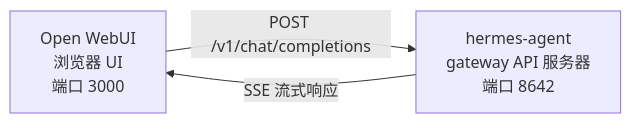
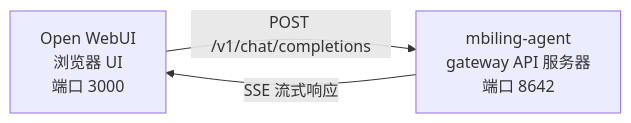
One commit to kulerdinho/hermes-agent_mbiling changed the diagram in website/i18n/zh-Hans/docusaurus-plugin-content-docs/current/user-guide/messaging/open-webui.md. Above: the diagram before and after it, drawn with Mermaid. The commit also changed other lines of this file and 17193 other files, not shown here.

First line of the commit message:
feat(rebrand): rename Hermes to Mbiling everywhere (level 2)

````diff
--- a/website/i18n/zh-Hans/docusaurus-plugin-content-docs/current/user-guide/messaging/open-webui.md
+++ b/website/i18n/zh-Hans/docusaurus-plugin-content-docs/current/user-guide/messaging/open-webui.md
@@ -13,7 +13,7 @@
 ```mermaid
 flowchart LR
     A["Open WebUI<br/>浏览器 UI<br/>端口 3000"]
-    B["hermes-agent<br/>gateway API 服务器<br/>端口 8642"]
+    B["mbiling-agent<br/>gateway API 服务器<br/>端口 8642"]
     A -->|POST /v1/chat/completions| B
     B -->|SSE 流式响应| A
 ```
````
